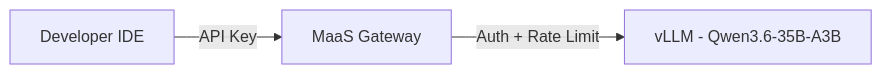
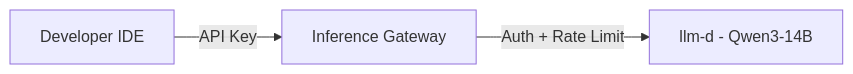
One commit to hyogrin/rhoai-coding-assistant-lab changed the second of 2 diagrams in README.md. Above: the diagram before and after it, drawn with Mermaid. The commit also changed other lines of this file and 9 other files, not shown here.

````diff
--- a/README.md
+++ b/README.md
@@ -59,5 +59,5 @@
 ```mermaid
 flowchart LR
-    IDE[Developer IDE] -->|API Key| GW[MaaS Gateway]
-    GW -->|Auth + Rate Limit| Model[vLLM - Qwen3.6-35B-A3B]
+    IDE[Developer IDE] -->|API Key| GW[Inference Gateway]
+    GW -->|Auth + Rate Limit| Model[llm-d - Qwen3-14B]
 ```
````
